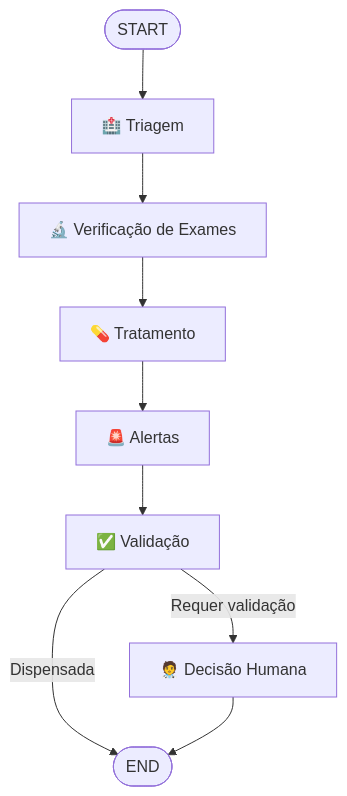
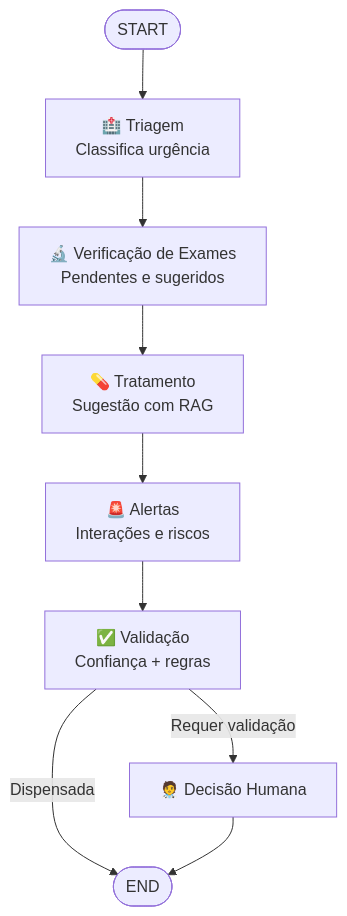
The third of 3 diagrams in README.md (DanielPitthan/Tech-3-IA), drawn with Mermaid before and after one commit. The commit also changed other lines of this file and 35 other files, not shown here.

````diff
--- a/README.md
+++ b/README.md
@@ -78,11 +308,11 @@
 ```mermaid
 graph TD
-    START([START]) --> triage[🏥 Triagem]
-    triage --> exam_check[🔬 Verificação de Exames]
-    exam_check --> treatment[💊 Tratamento]
-    treatment --> alert[🚨 Alertas]
-    alert --> validation[✅ Validação]
+    START([START]) --> triage[🏥 Triagem<br/>Classifica urgência]
+    triage --> exam_check[🔬 Verificação de Exames<br/>Pendentes e sugeridos]
+    exam_check --> treatment[💊 Tratamento<br/>Sugestão com RAG]
+    treatment --> alert[🚨 Alertas<br/>Interações e riscos]
+    alert --> validation[✅ Validação<br/>Confiança + regras]
     validation -->|Requer validação| human_decision[🧑‍⚕️ Decisão Humana]
     validation -->|Dispensada| END([END])
     human_decision --> END
 ```
````
